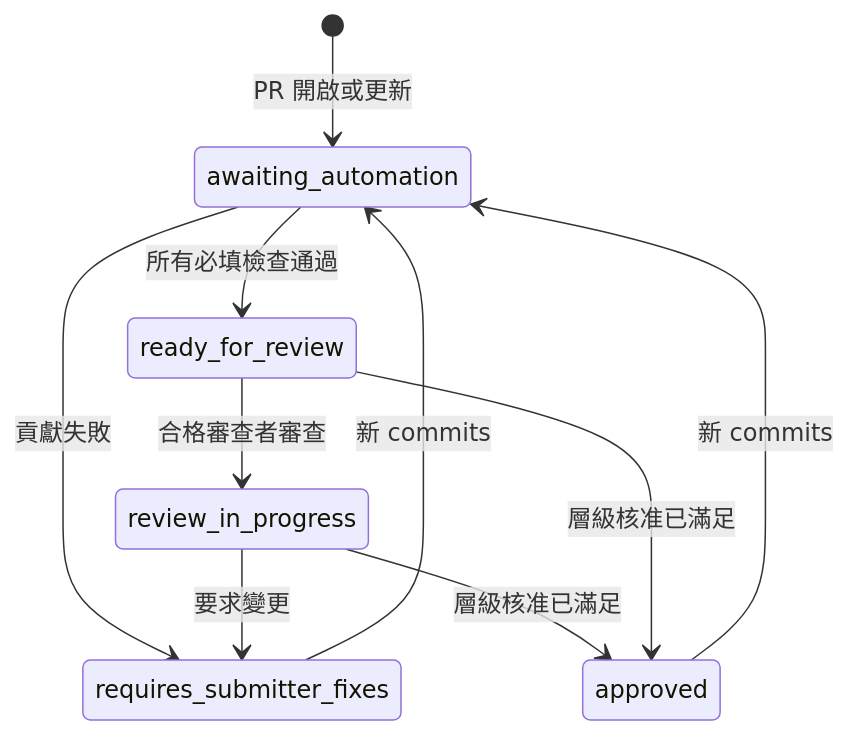
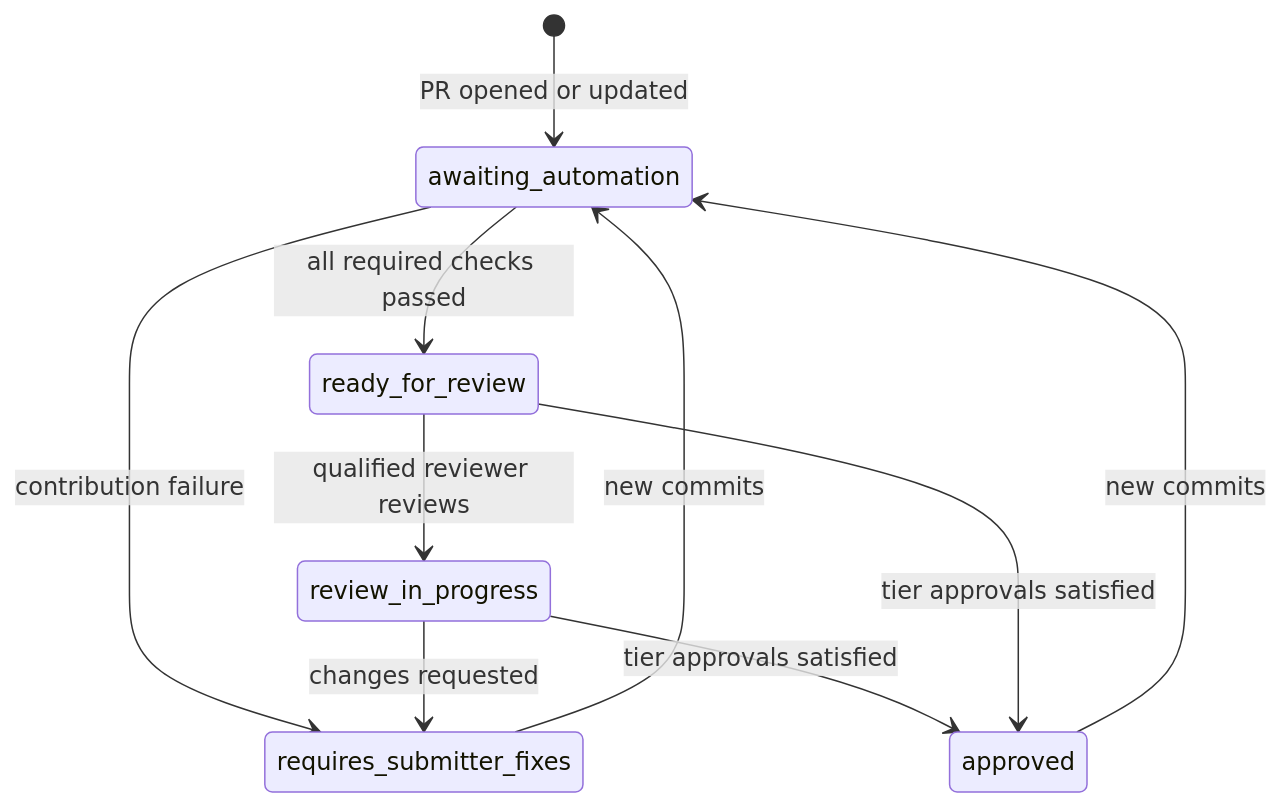
The diagram in docs/maintainers/submission-gate.md (linyute/awesome-copilot), drawn with Mermaid before and after one commit. The commit also changed other lines of this file and 473 other files, not shown here.

````diff
--- a/docs/maintainers/submission-gate.md
+++ b/docs/maintainers/submission-gate.md
@@ -164,12 +166,12 @@
 ```mermaid
 stateDiagram-v2
-    [*] --> awaiting_automation: PR 開啟或更新
-    awaiting_automation --> requires_submitter_fixes: 貢獻失敗
-    awaiting_automation --> ready_for_review: 所有必填檢查通過
-    requires_submitter_fixes --> awaiting_automation: 新 commits
-    ready_for_review --> review_in_progress: 合格審查者審查
-    review_in_progress --> requires_submitter_fixes: 要求變更
-    review_in_progress --> approved: 層級核准已滿足
-    ready_for_review --> approved: 層級核准已滿足
-    approved --> awaiting_automation: 新 commits
+    [*] --> awaiting_automation: PR opened or updated
+    awaiting_automation --> requires_submitter_fixes: contribution failure
+    awaiting_automation --> ready_for_review: all required checks passed
+    requires_submitter_fixes --> awaiting_automation: new commits
+    ready_for_review --> review_in_progress: qualified reviewer reviews
+    review_in_progress --> requires_submitter_fixes: changes requested
+    review_in_progress --> approved: tier approvals satisfied
+    ready_for_review --> approved: tier approvals satisfied
+    approved --> awaiting_automation: new commits
 ```
````
